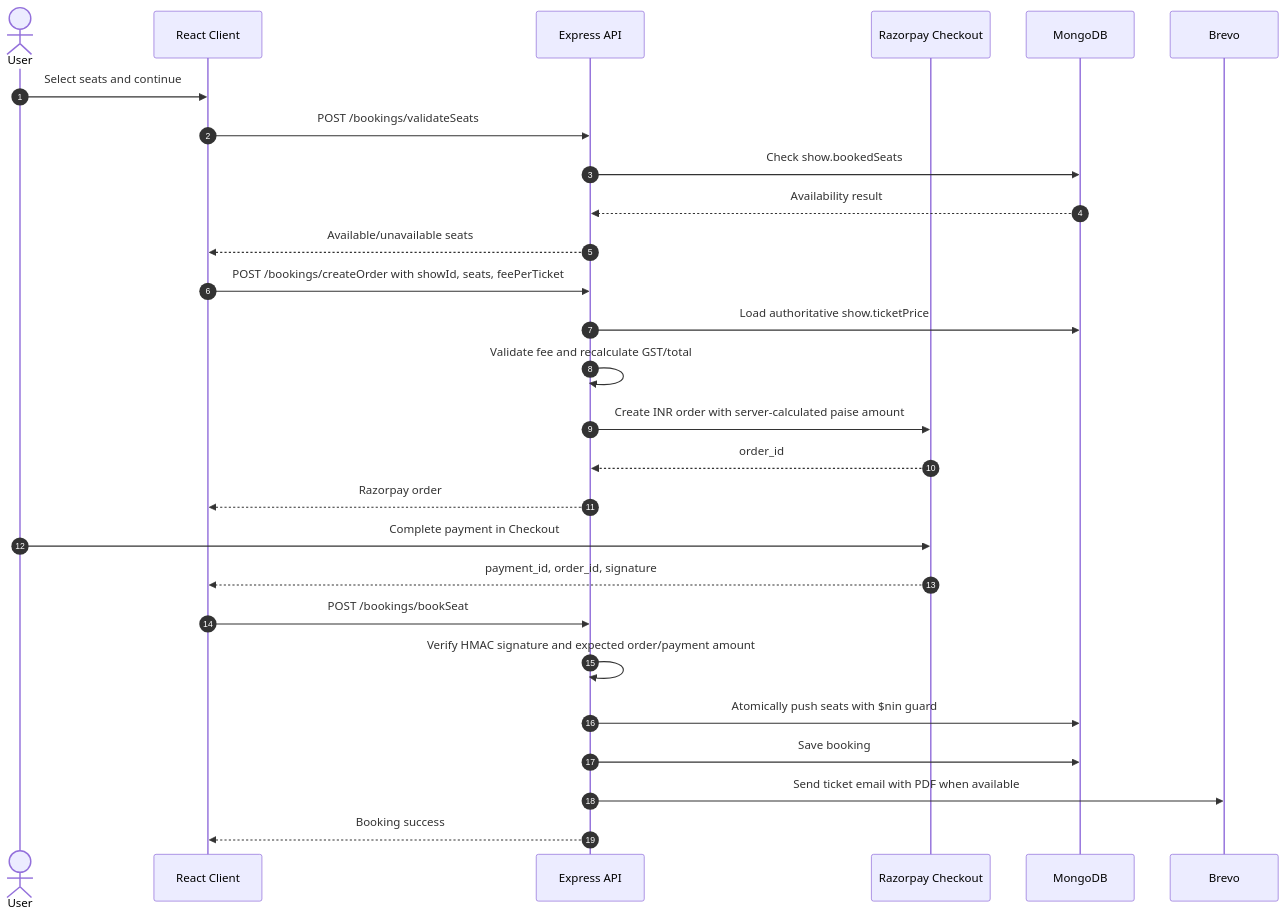
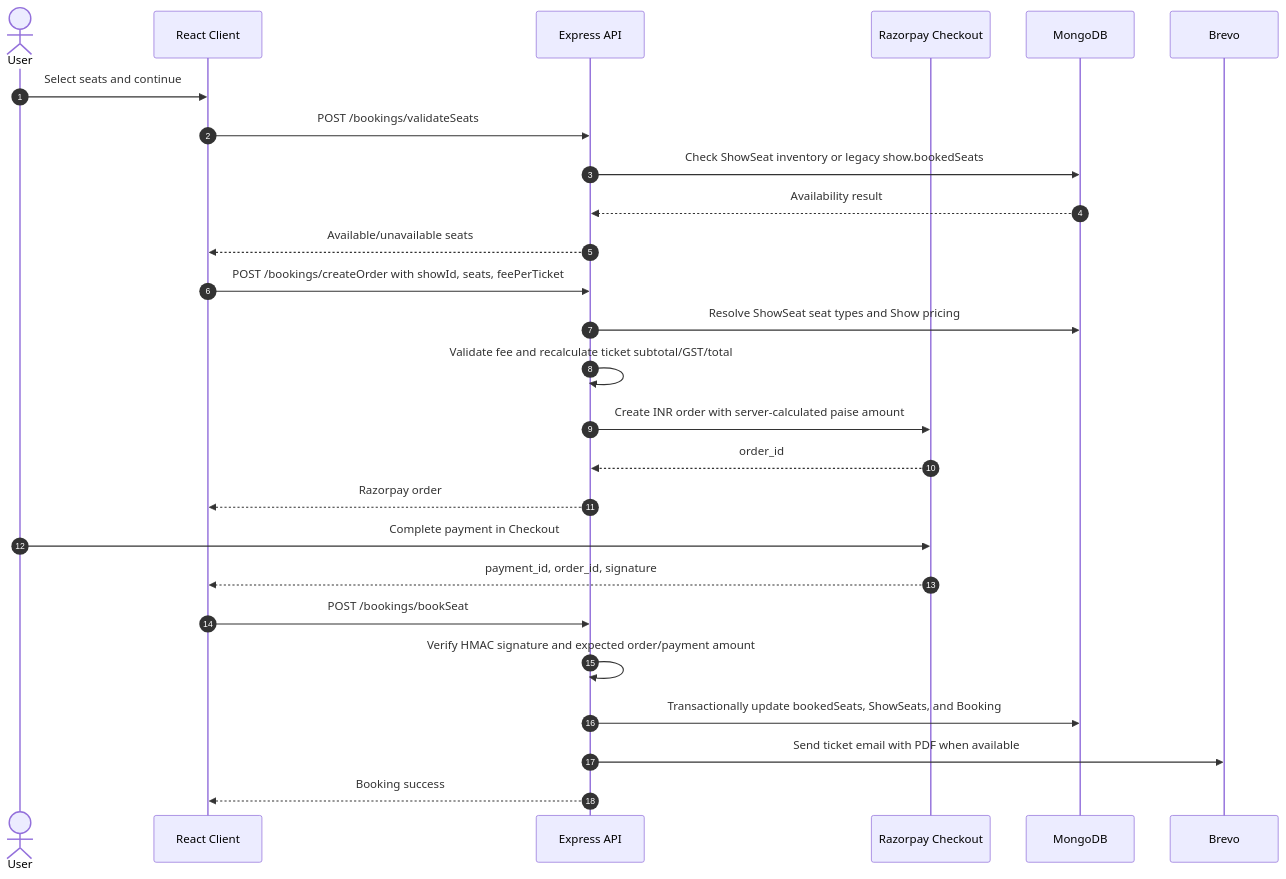
One commit to Shravan-509/BookMyShow changed the second of 2 diagrams in README.md. Above: the diagram before and after it, drawn with Mermaid. The commit also changed other lines of this file and 13 other files, not shown here.

Commit message:
docs(show-seats): document Phase 4B booking and pricing integration

````diff
--- a/README.md
+++ b/README.md
@@ -61,30 +61,29 @@
 ```mermaid
 sequenceDiagram
     autonumber
     actor User
     participant Client as React Client
     participant API as Express API
     participant Razorpay as Razorpay Checkout
     participant DB as MongoDB
     participant Email as Brevo
 
     User->>Client: Select seats and continue
     Client->>API: POST /bookings/validateSeats
-    API->>DB: Check show.bookedSeats
+    API->>DB: Check ShowSeat inventory or legacy show.bookedSeats
     DB-->>API: Availability result
     API-->>Client: Available/unavailable seats
     Client->>API: POST /bookings/createOrder with showId, seats, feePerTicket
-    API->>DB: Load authoritative show.ticketPrice
-    API->>API: Validate fee and recalculate GST/total
+    API->>DB: Resolve ShowSeat seat types and Show pricing
+    API->>API: Validate fee and recalculate ticket subtotal/GST/total
     API->>Razorpay: Create INR order with server-calculated paise amount
     Razorpay-->>API: order_id
     API-->>Client: Razorpay order
     User->>Razorpay: Complete payment in Checkout
     Razorpay-->>Client: payment_id, order_id, signature
     Client->>API: POST /bookings/bookSeat
     API->>API: Verify HMAC signature and expected order/payment amount
-    API->>DB: Atomically push seats with $nin guard
-    API->>DB: Save booking
+    API->>DB: Transactionally update bookedSeats, ShowSeats, and Booking
     API->>Email: Send ticket email with PDF when available
     API-->>Client: Booking success
 ```
````
